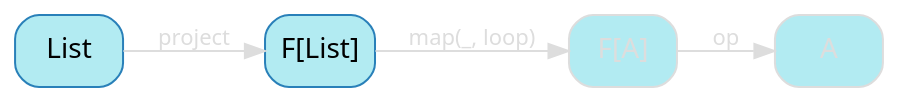
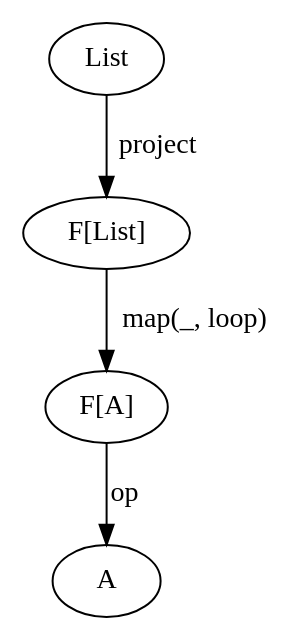
Before and after one commit to nrinaudo/recursion-schemes-from-the-ground-up: the diagram in src/graphviz/cata-7-hl-2.dot, drawn with Graphviz. The commit also changed 205 other files, not shown here.

Commit message:
Use graphviz stylesheets

```diff
--- a/src/graphviz/cata-7-hl-2.dot
+++ b/src/graphviz/cata-7-hl-2.dot
@@ -1,17 +1,10 @@
 digraph {
-    bgcolor=transparent
-    splines=false
-    rankdir=LR
+    List
+    ListFList[label="F[List]"]
+    ListFA[label="F[A]" class="disabled"]
+    A[class="disabled"]
 
-    // Default theme: disabled
-    node[shape="rectangle" style="rounded,filled" color="#dddddd" fillcolor="#b2ebf2" fontcolor="#dddddd" fontname="Segoe UI,Roboto,Helvetica,Arial,sans-serif"]
-    edge [color="#dddddd" fontcolor="#dddddd" fontname="Segoe UI,Roboto,Helvetica,Arial,sans-serif" fontsize=11]
-
-    List[color="#2980B9" fillcolor="#b2ebf2" fontcolor="#000000"]
-    ListFList[label="F[List]" color="#2980B9" fillcolor="#b2ebf2" fontcolor="#000000"]
-    ListFA[label="F[A]"]
-
-    List      -> ListFList [label=project]
-    ListFList -> ListFA[label="map(_, loop)"]
-    ListFA    -> A [label=op]
+    List      -> ListFList [label=project class="disabled"]
+    ListFList -> ListFA[label="map(_, loop)" class="disabled"]
+    ListFA    -> A [label=op class="disabled"]
 }
```
